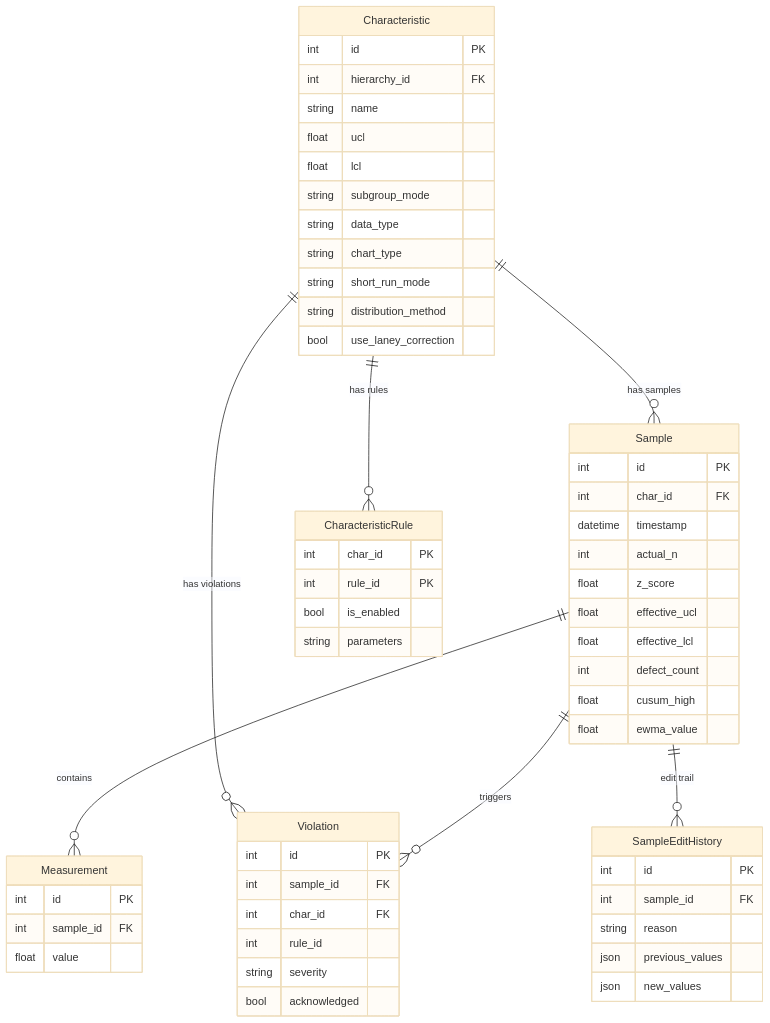
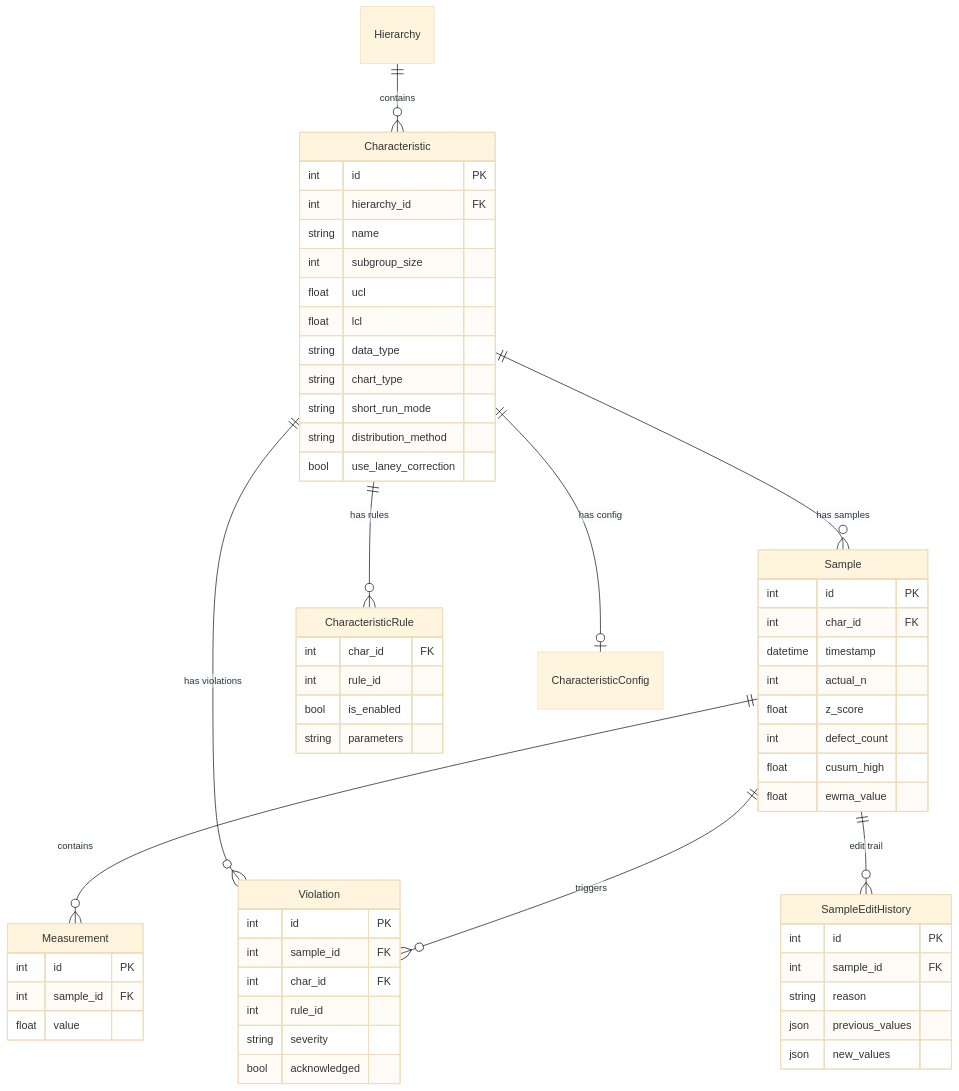
One commit to saturnis-io/cassini changed the second of 2 diagrams in .knowledge/features/spc-engine.md. Above: the diagram before and after it, drawn with Mermaid (base theme). The commit also changed other lines of this file and 16 other files, not shown here.

First line of the commit message:
knowledge-graph: regenerate

````diff
--- a/.knowledge/features/spc-engine.md
+++ b/.knowledge/features/spc-engine.md
@@ -29,60 +30,60 @@
 ```mermaid
 erDiagram
-    Characteristic ||--o{ Sample : "has samples"
-    Characteristic ||--o{ CharacteristicRule : "has rules"
-    Characteristic ||--o{ Violation : "has violations"
-    Sample ||--o{ Measurement : "contains"
-    Sample ||--o{ Violation : "triggers"
-    Sample ||--o{ SampleEditHistory : "edit trail"
+    Hierarchy ||--o{ Characteristic : contains
     Characteristic {
         int id PK
         int hierarchy_id FK
         string name
+        int subgroup_size
         float ucl
         float lcl
-        string subgroup_mode
         string data_type
         string chart_type
         string short_run_mode
         string distribution_method
         bool use_laney_correction
     }
+    Characteristic ||--o{ Sample : "has samples"
+    Characteristic ||--o{ CharacteristicRule : "has rules"
+    Characteristic ||--o{ Violation : "has violations"
+    Characteristic ||--o| CharacteristicConfig : "has config"
     Sample {
         int id PK
         int char_id FK
         datetime timestamp
         int actual_n
         float z_score
-        float effective_ucl
-        float effective_lcl
         int defect_count
         float cusum_high
         float ewma_value
     }
+    Sample ||--o{ Measurement : contains
     Measurement {
         int id PK
         int sample_id FK
         float value
     }
+    Sample ||--o{ Violation : triggers
     Violation {
         int id PK
         int sample_id FK
         int char_id FK
         int rule_id
         string severity
         bool acknowledged
     }
     CharacteristicRule {
-        int char_id PK
-        int rule_id PK
+        int char_id FK
+        int rule_id
         bool is_enabled
         string parameters
     }
+    Sample ||--o{ SampleEditHistory : "edit trail"
     SampleEditHistory {
         int id PK
         int sample_id FK
         string reason
         json previous_values
         json new_values
     }
 ```
````
